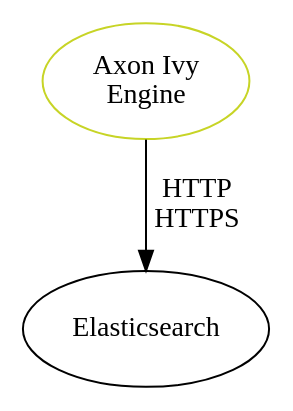
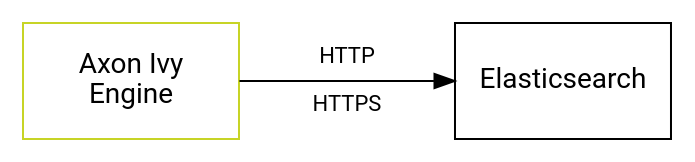
Before and after one commit to bernhardAxonIvy/doc: the diagram in source/engine-guide/integration/elasticsearch/overview.dot, drawn with Graphviz. The commit also changed 28 other files, not shown here.

```diff
--- a/source/engine-guide/integration/elasticsearch/overview.dot
+++ b/source/engine-guide/integration/elasticsearch/overview.dot
@@ -1,7 +1,14 @@
-
 digraph overview {
-  engine [label="Axon Ivy\nEngine", pos="0,2.5!", height="0.8", width="1.3", color="#C7D426", fontcolor="black"];
-  elasticsearch [ label="Elasticsearch", pos="6,2.5!" width="1.3" height="0.8"]
+  layout=neato;
+  node [shape=box, fontname="Roboto,Helvetica Neue,Arial,sans-serif", fixedsize="true", margin=0]; 
   
-  engine -> elasticsearch [ label="HTTP\nHTTPS" ];
+  /* nodes */
+  engine [label="Axon Ivy\nEngine",      pos="0.0,2.5!", height="0.8", width="1.5", color="#C7D426", fontcolor="black"];
+  elasticsearch [ label="Elasticsearch", pos="3.0,2.5!", height="0.8", width="1.5",]
+  
+  /* edges */
+  engine -> elasticsearch;
+  
+  /* edge labels */
+    engine_elasticsearch [label="HTTP\n \nHTTPS", pos="1.5,2.5!", shape=none, fillcolor=none, fontsize="11"];
 }
```
